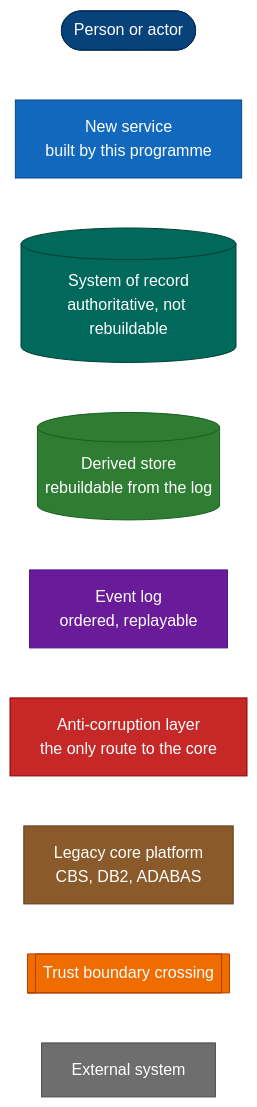
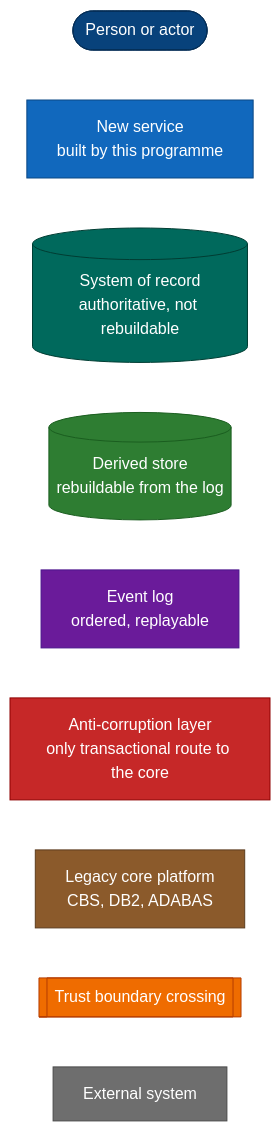
The first of 15 diagrams in docs/solution/diagrams.md (sunnydubey1111/neobank-digital-leap), drawn with Mermaid (neutral theme) before and after one commit. The commit also changed other lines of this file and 6 other files, not shown here.

First line of the commit message:
Reconcile three architectural contradictions and finish the Word document

````diff
--- a/docs/solution/diagrams.md
+++ b/docs/solution/diagrams.md
@@ -16,22 +16,22 @@
 ```mermaid
 flowchart LR
     p(["Person or actor"]):::person
     s["New service<br/>built by this programme"]:::svc
     r[("System of record<br/>authoritative, not rebuildable")]:::sor
     d[("Derived store<br/>rebuildable from the log")]:::store
     b["Event log<br/>ordered, replayable"]:::bus
-    a["Anti-corruption layer<br/>the only route to the core"]:::acl
+    a["Anti-corruption layer<br/>only transactional route to the core"]:::acl
     l["Legacy core platform<br/>CBS, DB2, ADABAS"]:::legacy
     y[["Trust boundary crossing"]]:::boundary
     x["External system"]:::external
 
     classDef person fill:#08427b,stroke:#052e56,color:#fff
     classDef svc fill:#1168bd,stroke:#0b4884,color:#fff
     classDef sor fill:#00695c,stroke:#003d33,color:#fff
     classDef store fill:#2e7d32,stroke:#1b5e20,color:#fff
     classDef bus fill:#6a1b9a,stroke:#4a148c,color:#fff
     classDef acl fill:#c62828,stroke:#8e0000,color:#fff
     classDef legacy fill:#8b5a2b,stroke:#5c3c1d,color:#fff
     classDef boundary fill:#ef6c00,stroke:#b53d00,color:#fff
     classDef external fill:#6e6e6e,stroke:#4a4a4a,color:#fff
 ```
````
